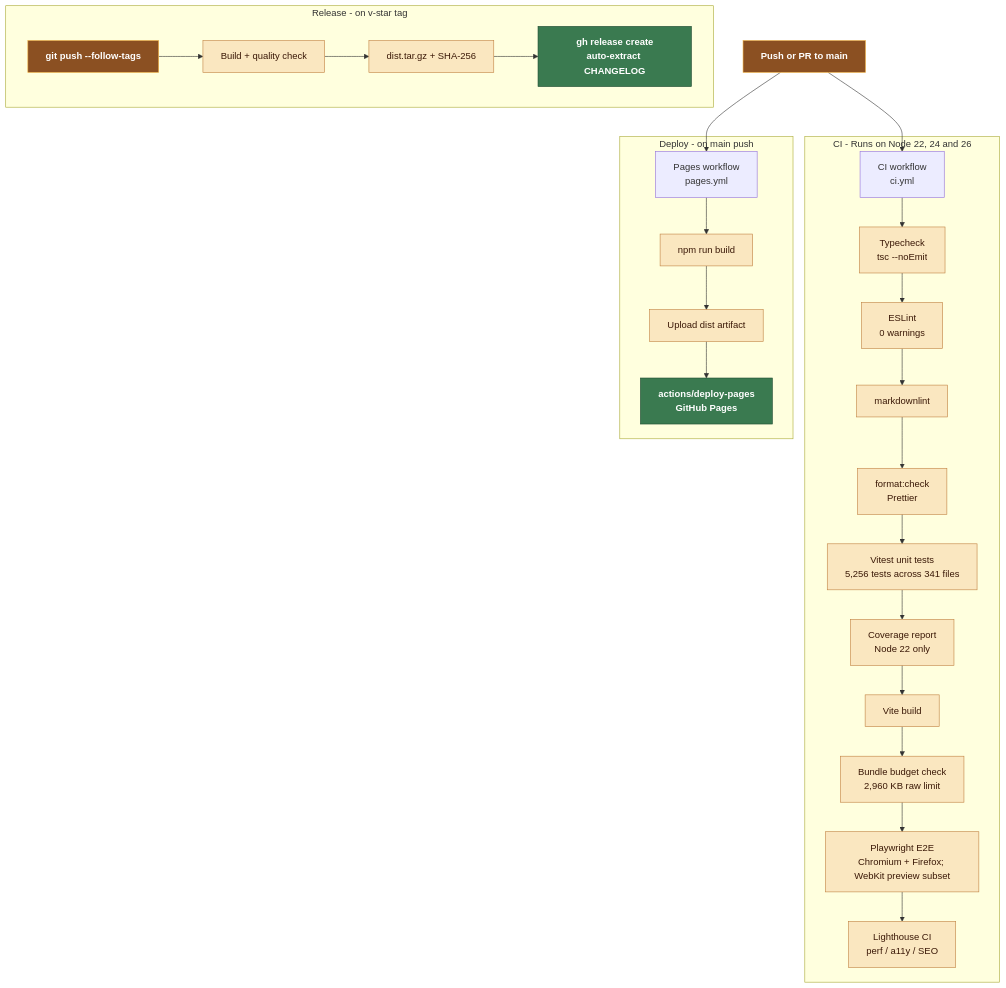
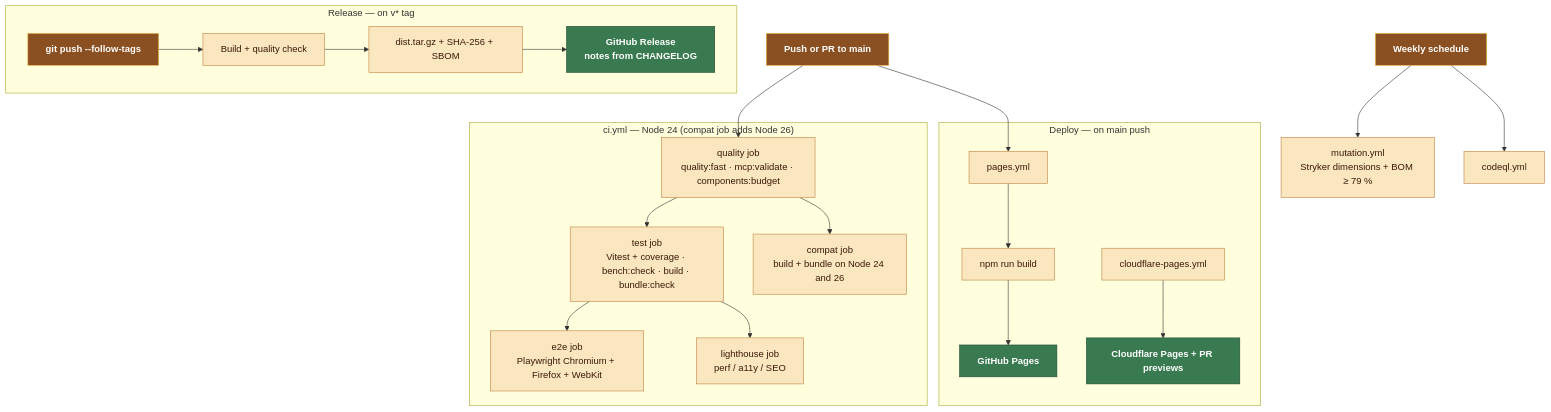
One commit to RajwanYair/WoodworkingShop changed the fifth of 9 diagrams in docs/ARCHITECTURE.md. Above: the diagram before and after it, drawn with Mermaid. The commit also changed other lines of this file and 159 other files, not shown here.

Commit message:
feat: advance v5.35.0 roadmap work

````diff
--- a/docs/ARCHITECTURE.md
+++ b/docs/ARCHITECTURE.md
@@ -312,37 +296,34 @@
 ```mermaid
 graph TD
-  push["Push or PR to main"] --> ci["CI workflow\nci.yml"]
-  push --> pages["Pages workflow\npages.yml"]
+  push["Push or PR to main"] --> quality
+  push --> pages["pages.yml"]
 
-  subgraph CI [CI - Runs on Node 22, 24 and 26]
-    ci --> tc["Typecheck\ntsc --noEmit"]
-    tc --> lint["ESLint\n0 warnings"]
-    lint --> mdlint["markdownlint"]
-    mdlint --> fmt["format:check\nPrettier"]
-    fmt --> test["Vitest unit tests\n5,256 tests across 341 files"]
-    test --> cov["Coverage report\nNode 22 only"]
-    cov --> build["Vite build"]
-    build --> bcheck["Bundle budget check\n2,960 KB raw limit"]
-    bcheck --> e2e["Playwright E2E\nChromium + Firefox; WebKit preview subset"]
-    e2e --> lhci["Lighthouse CI\nperf / a11y / SEO"]
+  subgraph CI ["ci.yml — Node 24 (compat job adds Node 26)"]
+    quality["quality job<br/>quality:fast · mcp:validate · components:budget"] --> test["test job<br/>Vitest + coverage · bench:check · build · bundle:check"]
+    quality --> compat["compat job<br/>build + bundle on Node 24 and 26"]
+    test --> e2e["e2e job<br/>Playwright Chromium + Firefox + WebKit"]
+    test --> lhci["lighthouse job<br/>perf / a11y / SEO"]
   end
 
-  subgraph Deploy [Deploy - on main push]
+  subgraph Deploy ["Deploy — on main push"]
     pages --> dbuild["npm run build"]
-    dbuild --> upload["Upload dist artifact"]
-    upload --> ghpages["actions/deploy-pages\nGitHub Pages"]
+    dbuild --> ghpages["GitHub Pages"]
+    cfp["cloudflare-pages.yml"] --> cf["Cloudflare Pages + PR previews"]
   end
 
-  subgraph Release [Release - on v-star tag]
+  subgraph Release ["Release — on v* tag"]
     tag["git push --follow-tags"] --> rbuild["Build + quality check"]
-    rbuild --> archive["dist.tar.gz + SHA-256"]
-    archive --> ghrelease["gh release create\nauto-extract CHANGELOG"]
+    rbuild --> archive["dist.tar.gz + SHA-256 + SBOM"]
+    archive --> ghrelease["GitHub Release<br/>notes from CHANGELOG"]
   end
+
+  weekly["Weekly schedule"] --> mutation["mutation.yml<br/>Stryker dimensions + BOM ≥ 79 %"]
+  weekly --> codeql["codeql.yml"]
 
   classDef trigger fill:#8b5022,stroke:#f0b040,color:#fff,font-weight:bold
   classDef step fill:#fae7c0,stroke:#c08040,color:#3a1806
   classDef gate fill:#3a7a50,stroke:#1e4a30,color:#fff,font-weight:bold
-  class push,tag trigger
-  class ghpages,ghrelease gate
-  class tc,lint,mdlint,fmt,test,cov,build,bcheck,e2e,lhci,dbuild,upload,rbuild,archive step
+  class push,tag,weekly trigger
+  class ghpages,ghrelease,cf gate
+  class quality,test,compat,e2e,lhci,dbuild,rbuild,archive,mutation,codeql,cfp,pages step
 ```
````
